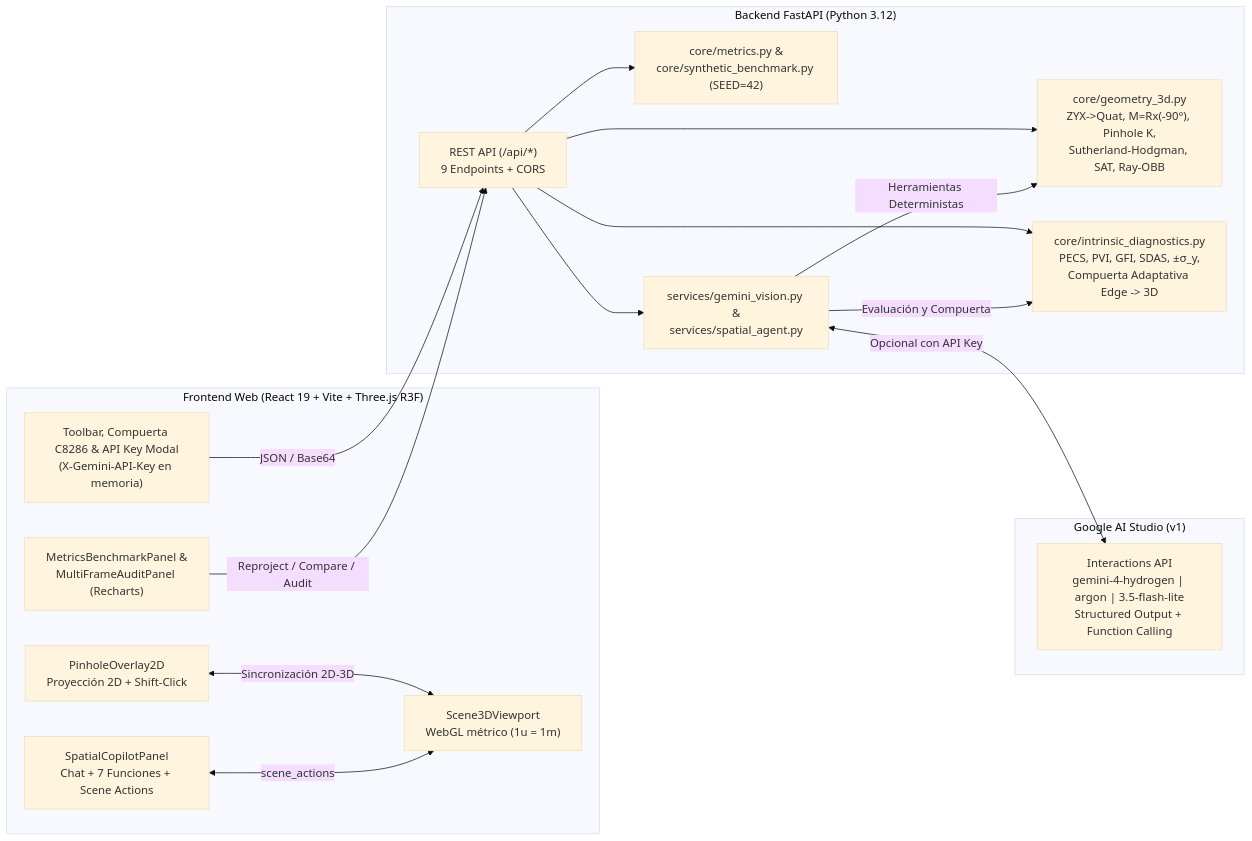
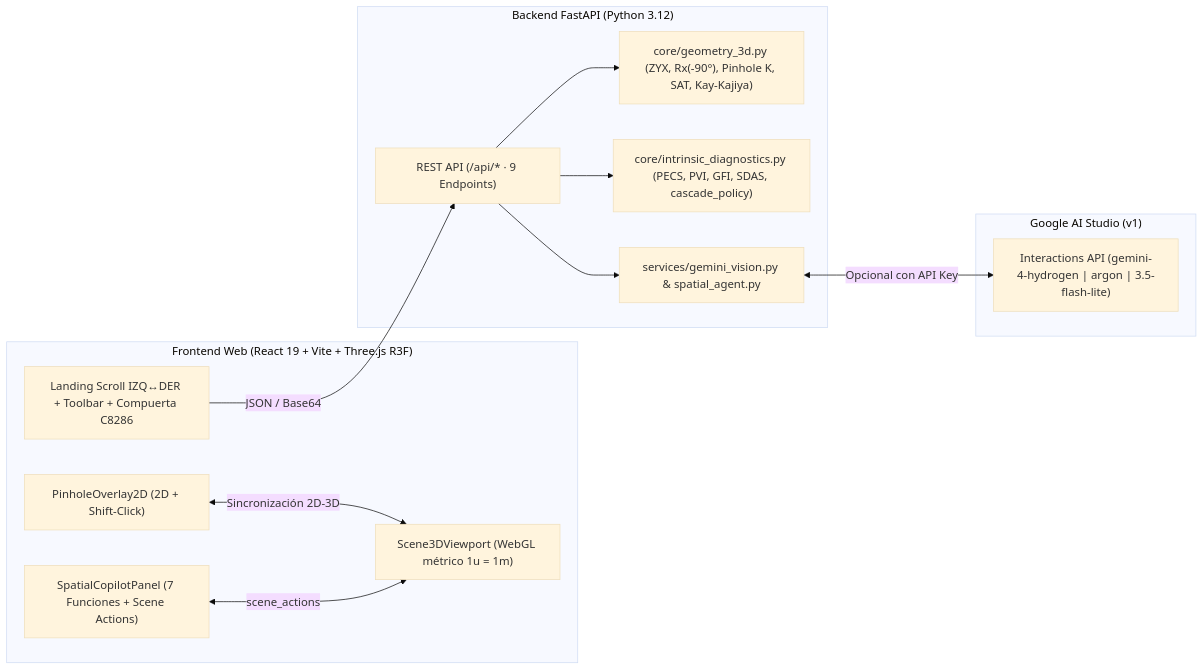
Before and after one commit to dariohuerta84/MyLeenTo3: the diagram in README.md, drawn with Mermaid (base theme). The commit also changed other lines of this file and 11 other files, not shown here.

````diff
--- a/README.md
+++ b/README.md
@@ -38,35 +102,28 @@
 ```mermaid
 flowchart LR
     subgraph Client["Frontend Web (React 19 + Vite + Three.js R3F)"]
-        UI["Toolbar, Compuerta C8286 & API Key Modal\n(X-Gemini-API-Key en memoria)"]
-        V2D["PinholeOverlay2D\nProyección 2D + Shift-Click"]
-        V3D["Scene3DViewport\nWebGL métrico (1u = 1m)"]
-        COP["SpatialCopilotPanel\nChat + 7 Funciones + Scene Actions"]
-        MET["MetricsBenchmarkPanel &\nMultiFrameAuditPanel (Recharts)"]
+        UI["Landing Scroll IZQ↔DER + Toolbar + Compuerta C8286"]
+        V2D["PinholeOverlay2D (2D + Shift-Click)"]
+        V3D["Scene3DViewport (WebGL métrico 1u = 1m)"]
+        COP["SpatialCopilotPanel (7 Funciones + Scene Actions)"]
     end
 
     subgraph Backend["Backend FastAPI (Python 3.12)"]
-        API["REST API (/api/*)\n9 Endpoints + CORS"]
-        GEO["core/geometry_3d.py\nZYX->Quat, M=Rx(-90°), Pinhole K,\nSutherland-Hodgman, SAT, Ray-OBB"]
-        DIA["core/intrinsic_diagnostics.py\nPECS, PVI, GFI, SDAS, ±σ_y,\nCompuerta Adaptativa Edge -> 3D"]
-        MTR["core/metrics.py &\ncore/synthetic_benchmark.py (SEED=42)"]
-        SVC["services/gemini_vision.py &\nservices/spatial_agent.py"]
+        API["REST API (/api/* · 9 Endpoints)"]
+        GEO["core/geometry_3d.py (ZYX, Rx(-90°), Pinhole K, SAT, Kay-Kajiya)"]
+        DIA["core/intrinsic_diagnostics.py (PECS, PVI, GFI, SDAS, cascade_policy)"]
+        SVC["services/gemini_vision.py & spatial_agent.py"]
     end
 
     subgraph Cloud["Google AI Studio (v1)"]
-        INT["Interactions API\ngemini-4-hydrogen | argon | 3.5-flash-lite\nStructured Output + Function Calling"]
+        INT["Interactions API (gemini-4-hydrogen | argon | 3.5-flash-lite)"]
     end
 
     UI -->|JSON / Base64| API
     V2D <-->|Sincronización 2D-3D| V3D
     COP <-->|scene_actions| V3D
-    MET -->|Reproject / Compare / Audit| API
-
     API --> GEO
     API --> DIA
-    API --> MTR
     API --> SVC
     SVC <-->|Opcional con API Key| INT
-    SVC -->|Herramientas Deterministas| GEO
-    SVC -->|Evaluación y Compuerta| DIA
 ```
````
